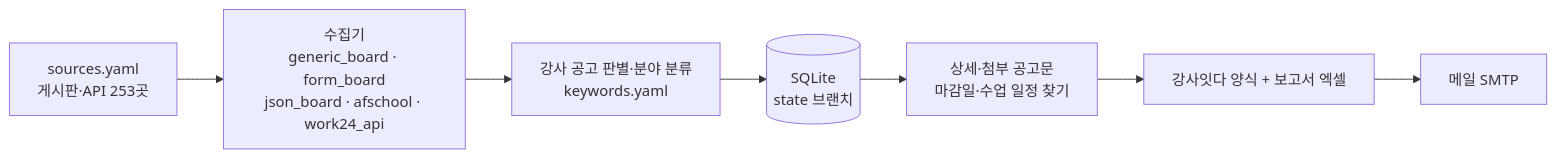
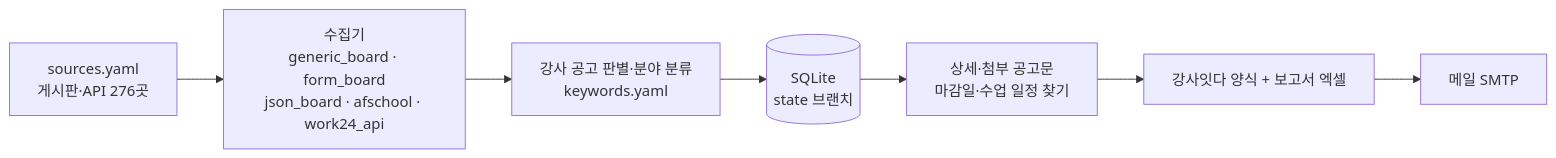
The diagram in docs/DESIGN.md (thskal17-sudo/busan-school-company), drawn with Mermaid before and after one commit. The commit also changed other lines of this file and 9 other files, not shown here.

````diff
--- a/docs/DESIGN.md
+++ b/docs/DESIGN.md
@@ -29,9 +29,9 @@
 ```mermaid
 flowchart LR
-    S[sources.yaml<br/>게시판·API 253곳] --> C[수집기<br/>generic_board · form_board<br/>json_board · afschool · work24_api]
+    S[sources.yaml<br/>게시판·API 276곳] --> C[수집기<br/>generic_board · form_board<br/>json_board · afschool · work24_api]
     C --> F[강사 공고 판별·분야 분류<br/>keywords.yaml]
     F --> D[(SQLite<br/>state 브랜치)]
     D --> I[상세·첨부 공고문<br/>마감일·수업 일정 찾기]
     I --> X[강사잇다 양식 + 보고서 엑셀]
     X --> M[메일 SMTP]
 ```
````
